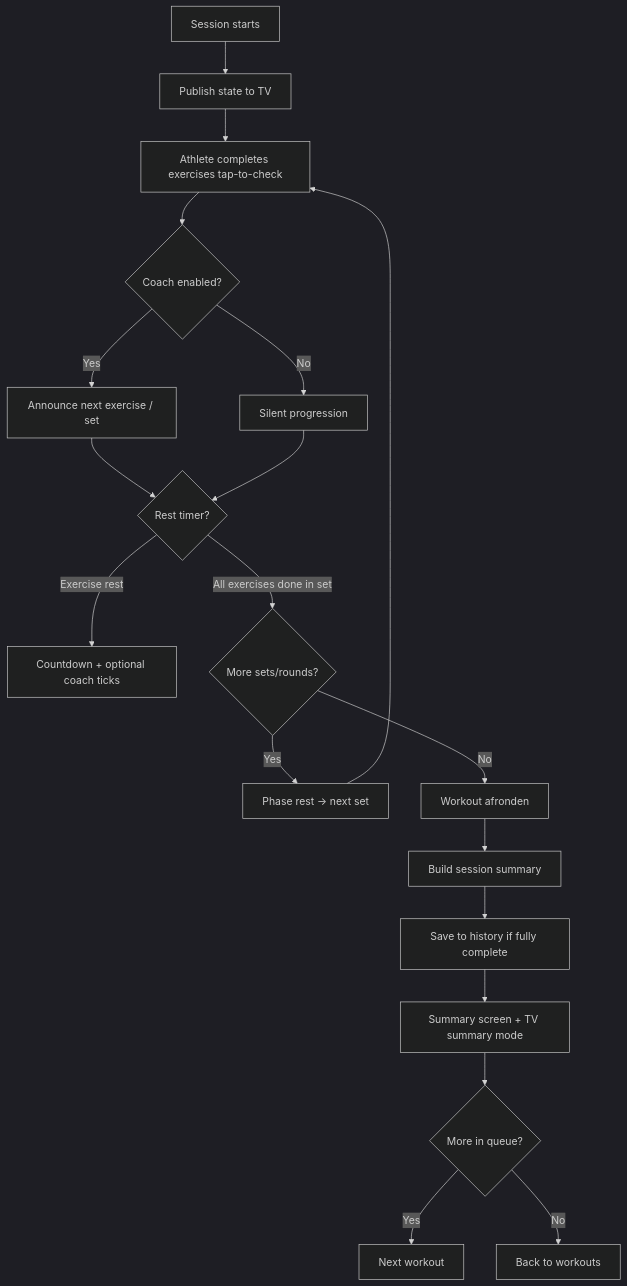
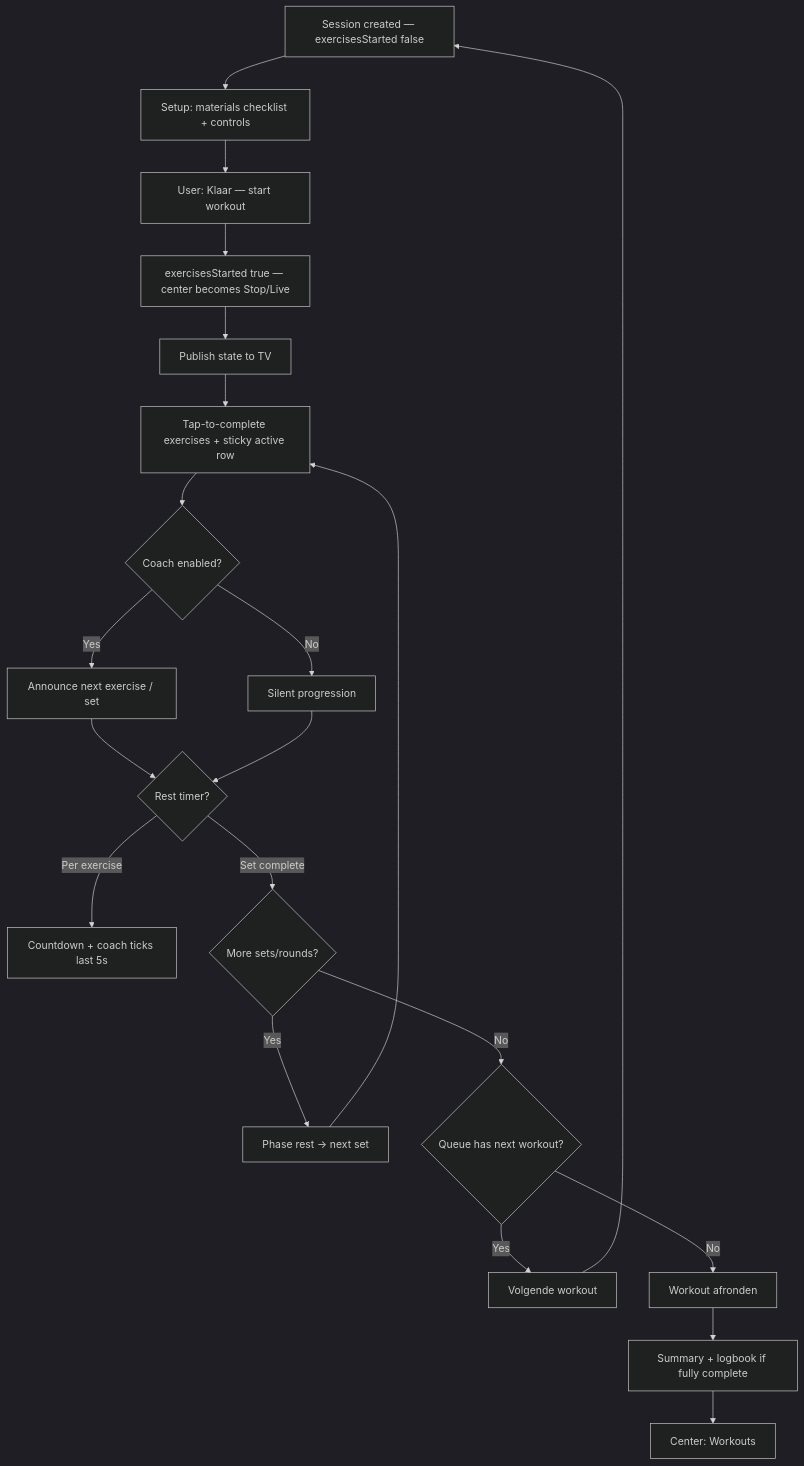
One commit to ingmarstruijs/solo changed the third of 5 diagrams in ARCHITECTURE.md. Above: the diagram before and after it, drawn with Mermaid (dark theme). The commit also changed other lines of this file and 12 other files, not shown here.

First line of the commit message:
Refine session nav UX and sync architecture docs with README.

````diff
--- a/ARCHITECTURE.md
+++ b/ARCHITECTURE.md
@@ -49,21 +94,23 @@
 ```mermaid
 graph TD
-  A[Session starts] --> B[Publish state to TV]
-  B --> C[Athlete completes exercises tap-to-check]
-  C --> D{Coach enabled?}
-  D -- Yes --> E[Announce next exercise / set]
-  D -- No --> F[Silent progression]
-  E --> G{Rest timer?}
-  F --> G
-  G -- Exercise rest --> H[Countdown + optional coach ticks]
-  G -- All exercises done in set --> I{More sets/rounds?}
-  I -- Yes --> J[Phase rest → next set]
-  J --> C
-  I -- No --> K[Workout afronden]
-  K --> L[Build session summary]
-  L --> M[Save to history if fully complete]
-  M --> N[Summary screen + TV summary mode]
-  N --> O{More in queue?}
-  O -- Yes --> P[Next workout]
-  O -- No --> Q[Back to workouts]
+  A[Session created — exercisesStarted false] --> B[Setup: materials checklist + controls]
+  B --> C[User: Klaar — start workout]
+  C --> D[exercisesStarted true — center becomes Stop/Live]
+  D --> E[Publish state to TV]
+  E --> F[Tap-to-complete exercises + sticky active row]
+  F --> G{Coach enabled?}
+  G -- Yes --> H[Announce next exercise / set]
+  G -- No --> I[Silent progression]
+  H --> J{Rest timer?}
+  I --> J
+  J -- Per exercise --> K[Countdown + coach ticks last 5s]
+  J -- Set complete --> L{More sets/rounds?}
+  L -- Yes --> M[Phase rest → next set]
+  M --> F
+  L -- No --> N{Queue has next workout?}
+  N -- Yes --> O[Volgende workout]
+  O --> A
+  N -- No --> P[Workout afronden]
+  P --> Q[Summary + logbook if fully complete]
+  Q --> R[Center: Workouts]
 ```
````
